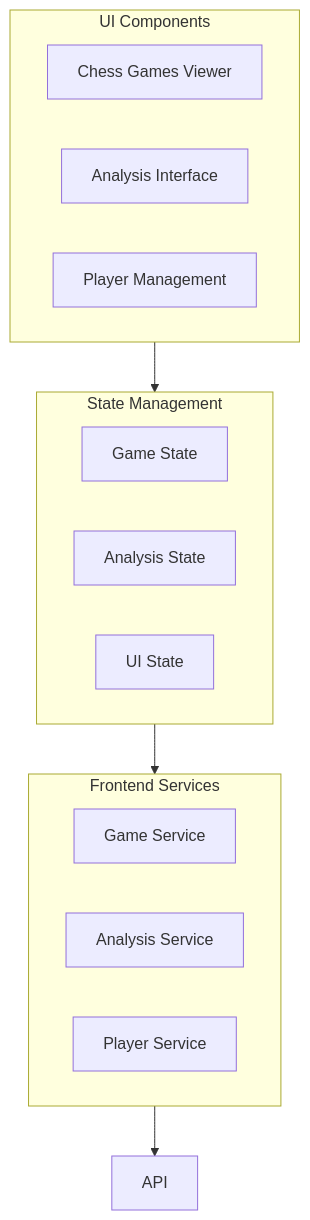
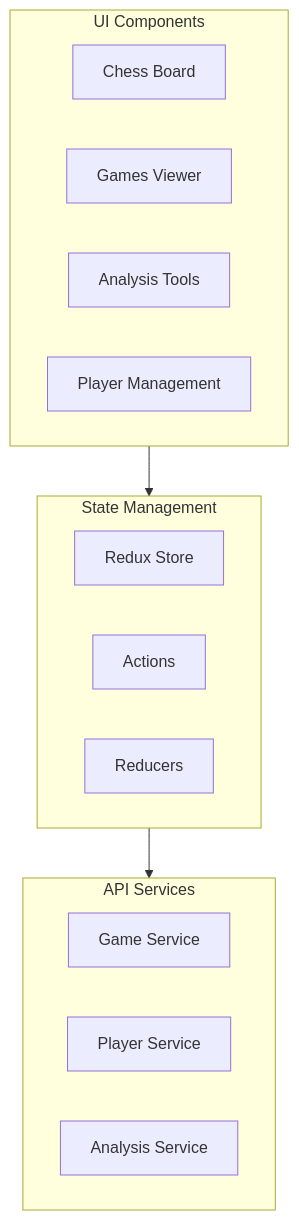
The second of 4 diagrams in docs/system-diagram.md (nessaee/chess-database), drawn with Mermaid before and after one commit. The commit also changed other lines of this file and 5 other files, not shown here.

```diff
--- a/docs/system-diagram.md
+++ b/docs/system-diagram.md
@@ -100,33 +97,29 @@
 <pre class="mermaid">
 graph TB
-    %% UI Components
     subgraph UI[UI Components]
-        Games[Chess Games Viewer]
-        Analysis[Analysis Interface]
+        Board[Chess Board]
+        Games[Games Viewer]
+        Analysis[Analysis Tools]
         Players[Player Management]
     end
     
-    %% State Management
     subgraph State[State Management]
-        GameState[Game State]
-        AnalysisState[Analysis State]
-        UIState[UI State]
+        Store[Redux Store]
+        Actions[Actions]
+        Reducers[Reducers]
     end
     
-    %% Services
-    subgraph Services[Frontend Services]
-        GameService[Game Service]
-        AnalysisService[Analysis Service]
-        PlayerService[Player Service]
+    subgraph Services[API Services]
+        GameAPI[Game Service]
+        PlayerAPI[Player Service]
+        AnalysisAPI[Analysis Service]
     end
     
-    %% Connections
     UI --> State
     State --> Services
-    Services --> API
     
-    %% Click Actions
+    click Board "frontend/components.md#chessboard" "View Board Documentation"
     click Games "frontend/components.md#chessgamesviewer" "View Games Viewer Documentation"
     click Analysis "frontend/components.md#chessanalysis" "View Analysis Documentation"
     click Players "frontend/components.md#playersearch" "View Player Management Documentation"
 </pre>
```
